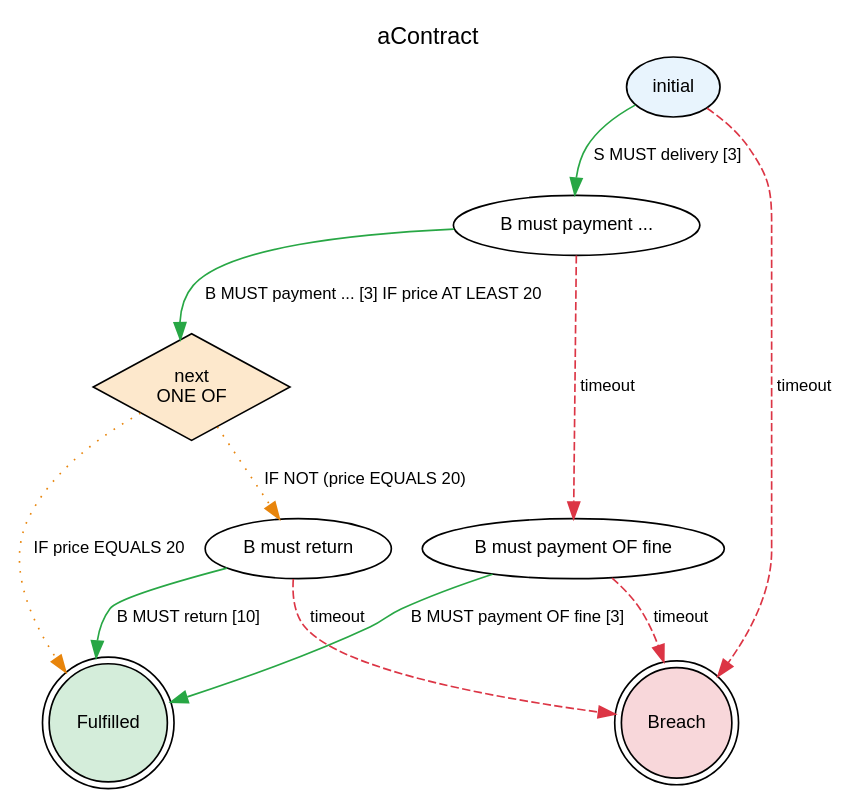
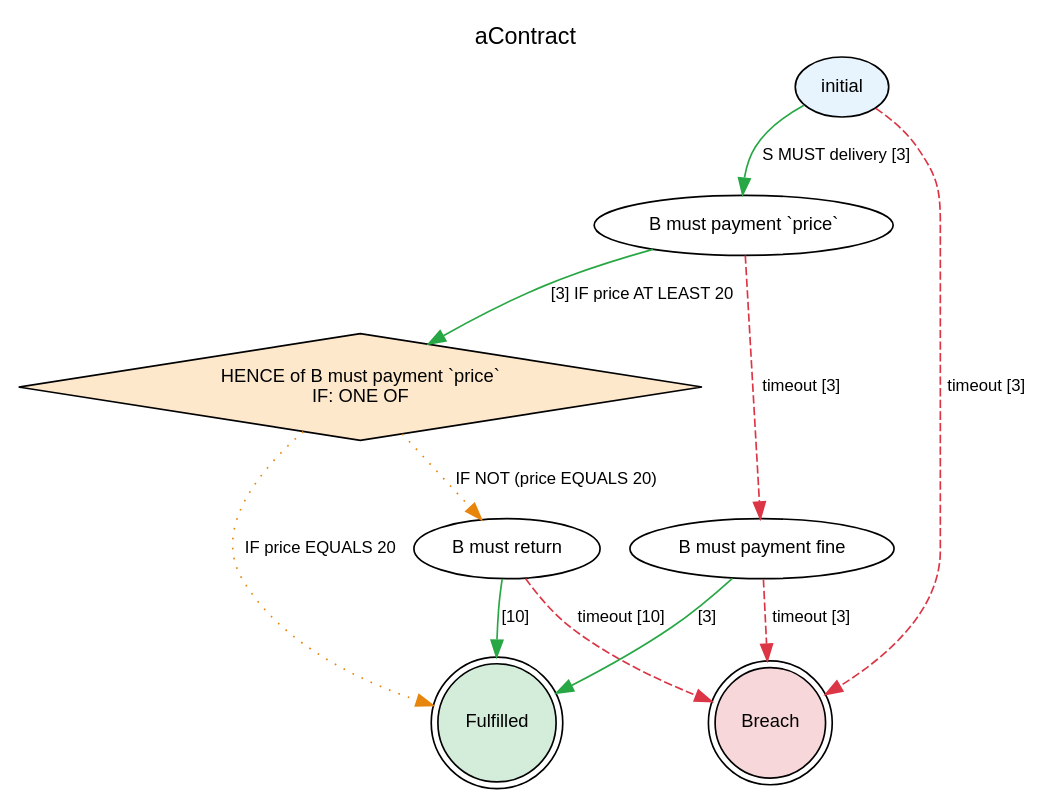
One commit to legalese/l4-ide changed the diagram in etc/lts-reader-proxy/contracts/B.dot. Above: the diagram before and after it, drawn with Graphviz. The commit also changed 3 other files, not shown here.

```diff
--- a/etc/lts-reader-proxy/contracts/B.dot
+++ b/etc/lts-reader-proxy/contracts/B.dot
@@ -1,76 +1,76 @@
 digraph {
     graph [rankdir=TB
           ,label=aContract
           ,labelloc=t
           ,fontname=Helvetica
           ,fontsize=14];
     node [fontname=Helvetica
          ,fontsize=11];
     edge [fontname=Helvetica
          ,fontsize=10];
     0 [label=initial
       ,fillcolor=white
       ,style=filled
       ,shape=ellipse
       ,fillcolor="#e8f4fd"];
-    1 [label="B must payment ..."
+    1 [label="B must payment `price`"
       ,fillcolor=white
       ,style=filled
       ,shape=ellipse
       ,fillcolor="#ffffff"];
-    2 [label="next\nONE OF"
+    2 [label="HENCE of B must payment `price`\nIF: ONE OF"
       ,fillcolor=white
       ,style=filled
       ,shape=diamond
       ,fillcolor="#fde8cc"];
     3 [label=Fulfilled
       ,fillcolor=white
       ,style=filled
       ,shape=doublecircle
       ,fillcolor="#d4edda"];
     4 [label="B must return"
       ,fillcolor=white
       ,style=filled
       ,shape=ellipse
       ,fillcolor="#ffffff"];
     5 [label=Breach
       ,fillcolor=white
       ,style=filled
       ,shape=doublecircle
       ,fillcolor="#f8d7da"];
-    6 [label="B must payment OF fine"
+    6 [label="B must payment fine"
       ,fillcolor=white
       ,style=filled
       ,shape=ellipse
       ,fillcolor="#ffffff"];
     0 -> 1 [label="S MUST delivery [3]"
            ,color="#28a745"
            ,style=solid];
-    0 -> 5 [label=timeout
+    0 -> 5 [label="timeout [3]"
            ,color="#dc3545"
            ,style=dashed];
-    1 -> 2 [label="B MUST payment ... [3] IF price AT LEAST 20"
+    1 -> 2 [label="[3] IF price AT LEAST 20"
            ,color="#28a745"
            ,style=solid];
-    1 -> 6 [label=timeout
+    1 -> 6 [label="timeout [3]"
            ,color="#dc3545"
            ,style=dashed];
-    2 -> 3 [label=" IF price EQUALS 20"
+    2 -> 3 [label="IF price EQUALS 20"
            ,color="#e8850c"
            ,style=dotted];
-    2 -> 4 [label=" IF NOT (price EQUALS 20)"
+    2 -> 4 [label="IF NOT (price EQUALS 20)"
            ,color="#e8850c"
            ,style=dotted];
-    4 -> 3 [label="B MUST return [10]"
+    4 -> 3 [label="[10]"
            ,color="#28a745"
            ,style=solid];
-    4 -> 5 [label=timeout
+    4 -> 5 [label="timeout [10]"
            ,color="#dc3545"
            ,style=dashed];
-    6 -> 3 [label="B MUST payment OF fine [3]"
+    6 -> 3 [label="[3]"
            ,color="#28a745"
            ,style=solid];
-    6 -> 5 [label=timeout
+    6 -> 5 [label="timeout [3]"
            ,color="#dc3545"
            ,style=dashed];
 }
```
